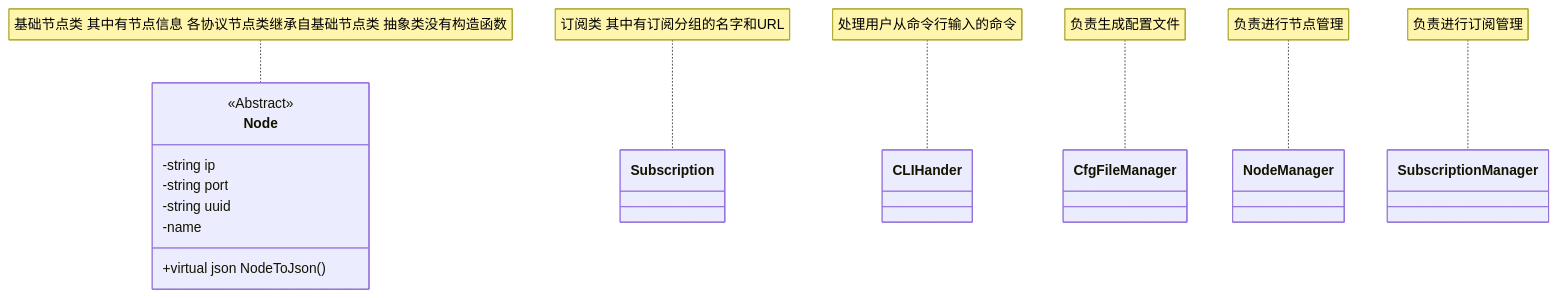
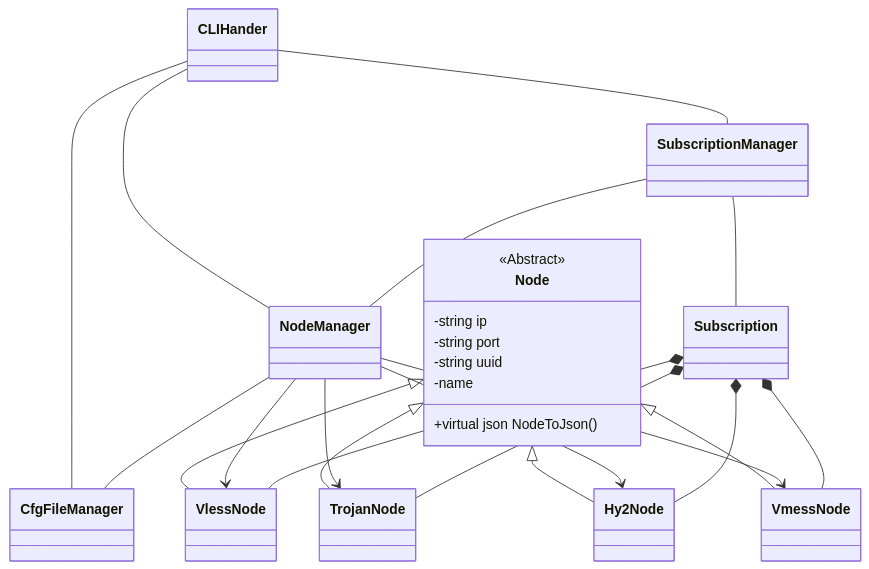
One commit to OWALabuy/heresy changed the first of 5 diagrams in doc/领域分析.md. Above: the diagram before and after it, drawn with Mermaid. The commit also changed other lines of this file and 1 other file, not shown here.

````diff
--- a/doc/领域分析.md
+++ b/doc/领域分析.md
@@ -121,28 +121,56 @@
 ```mermaid
 classDiagram
     class Node{
         -string ip
         -string port
         -string uuid
         -name
         +virtual json NodeToJson()
     }
     <<Abstract>> Node
-    note for Node "基础节点类 其中有节点信息 各协议节点类继承自基础节点类 抽象类没有构造函数"
+    %% "基础节点类 其中有节点信息 各协议节点类继承自基础节点类 抽象类没有构造函数"
 
     class Subscription
-    note for Subscription "订阅类 其中有订阅分组的名字和URL"
+    %% "订阅类 其中有订阅分组的名字和URL"
 
     class CLIHander
-    note for CLIHander "处理用户从命令行输入的命令"
+    %% "处理用户从命令行输入的命令"
 
     class CfgFileManager
-    note for CfgFileManager "负责生成配置文件"
+    %% "负责生成配置文件"
 
     class NodeManager
-    note for NodeManager "负责进行节点管理"
+    %% "负责进行节点管理"
 
     class SubscriptionManager
-    note for SubscriptionManager "负责进行订阅管理"
+    %% "负责进行订阅管理"
+
+    class VlessNode
+    class TrojanNode
+    class Hy2Node
+    class VmessNode
+
+    Node <|-- VlessNode
+    Node <|-- TrojanNode
+    Node <|-- Hy2Node
+    Node <|-- VmessNode
+
+    NodeManager --> VlessNode
+    NodeManager --> TrojanNode
+    NodeManager --> Hy2Node
+    NodeManager --> VmessNode
+
+    Subscription *-- VlessNode
+    Subscription *-- TrojanNode
+    Subscription *-- Hy2Node
+    Subscription *-- VmessNode
+
+    CLIHander -- CfgFileManager
+    CLIHander -- SubscriptionManager
+    CLIHander -- NodeManager
+
+    SubscriptionManager -- Subscription
+    SubscriptionManager -- NodeManager
+    NodeManager -- CfgFileManager
 
 ```
````
